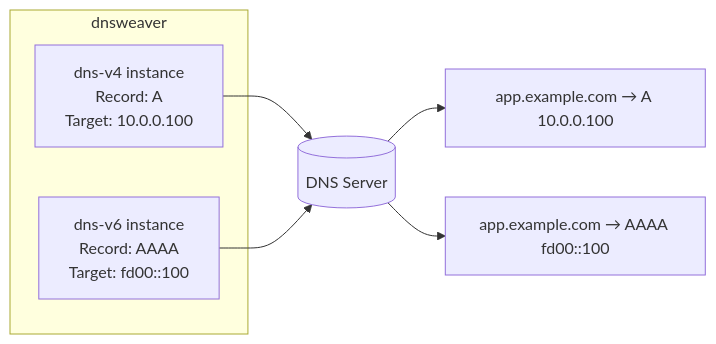
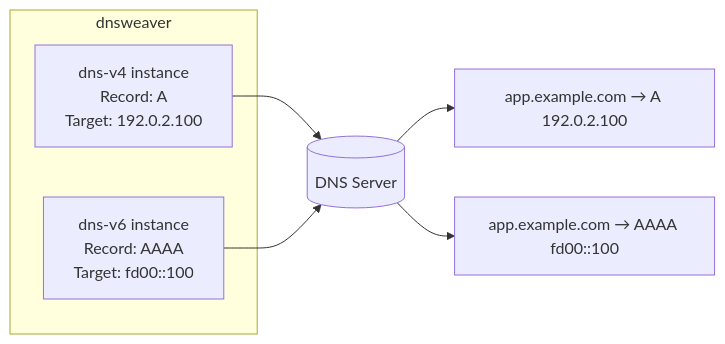
The diagram in docs/deployment/dual-stack.md (AnotherGenZ/dnsweaver), drawn with Mermaid before and after one commit. The commit also changed other lines of this file and 29 other files, not shown here.

````diff
--- a/docs/deployment/dual-stack.md
+++ b/docs/deployment/dual-stack.md
@@ -9,11 +9,11 @@
 ```mermaid
 flowchart LR
     subgraph dnsweaver
-        V4[dns-v4 instance<br/>Record: A<br/>Target: 10.0.0.100]
+        V4[dns-v4 instance<br/>Record: A<br/>Target: 192.0.2.100]
         V6[dns-v6 instance<br/>Record: AAAA<br/>Target: fd00::100]
     end
     V4 --> DNS[(DNS Server)]
     V6 --> DNS
-    DNS --> R1["app.example.com → A 10.0.0.100"]
+    DNS --> R1["app.example.com → A 192.0.2.100"]
     DNS --> R2["app.example.com → AAAA fd00::100"]
 ```
````
